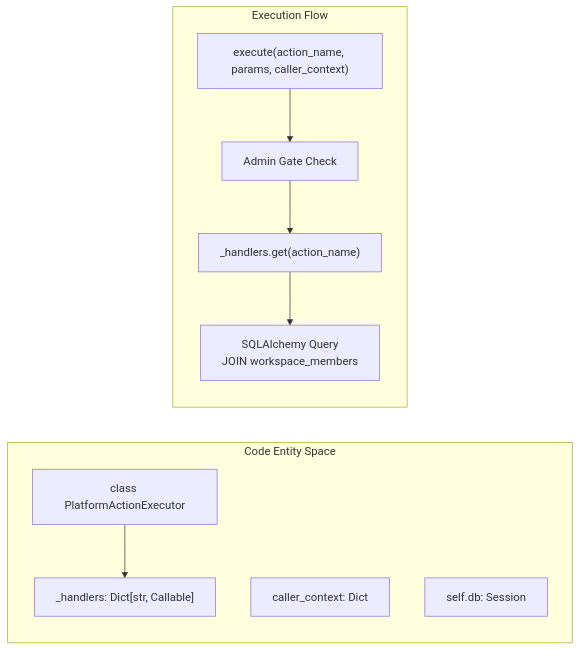
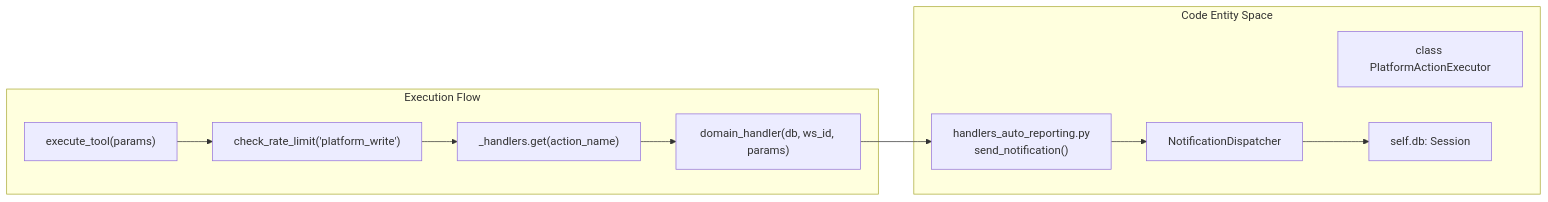
One commit to AutomatosAI/automatos-ai changed the second of 3 diagrams in docs/platform-actions/platform-action-system.md. Above: the diagram before and after it, drawn with Mermaid. The commit also changed other lines of this file and 153 other files, not shown here.

````diff
--- a/docs/platform-actions/platform-action-system.md
+++ b/docs/platform-actions/platform-action-system.md
@@ -119,21 +94,23 @@
 ```mermaid
 graph LR
     subgraph "Code Entity Space"
         Executor["class PlatformActionExecutor"]
-        Handlers["_handlers: Dict[str, Callable]"]
-        CallerCtx["caller_context: Dict"]
+        Handler["handlers_auto_reporting.py<br/>send_notification()"]
+        Dispatcher["NotificationDispatcher"]
         DB["self.db: Session"]
     end
 
     subgraph "Execution Flow"
-        Call["execute(action_name, params, caller_context)"]
-        Perm["Admin Gate Check"]
+        Call["execute_tool(params)"]
+        RateLimit["check_rate_limit('platform_write')"]
         Lookup["_handlers.get(action_name)"]
-        SQL["SQLAlchemy Query<br/>JOIN workspace_members"]
+        Logic["domain_handler(db, ws_id, params)"]
     end
 
-    Executor --> Handlers
-    Call --> Perm
-    Perm --> Lookup
-    Lookup --> SQL
+    Call --> RateLimit
+    RateLimit --> Lookup
+    Lookup --> Logic
+    Logic --> Handler
+    Handler --> Dispatcher
+    Dispatcher --> DB
 ```
````
